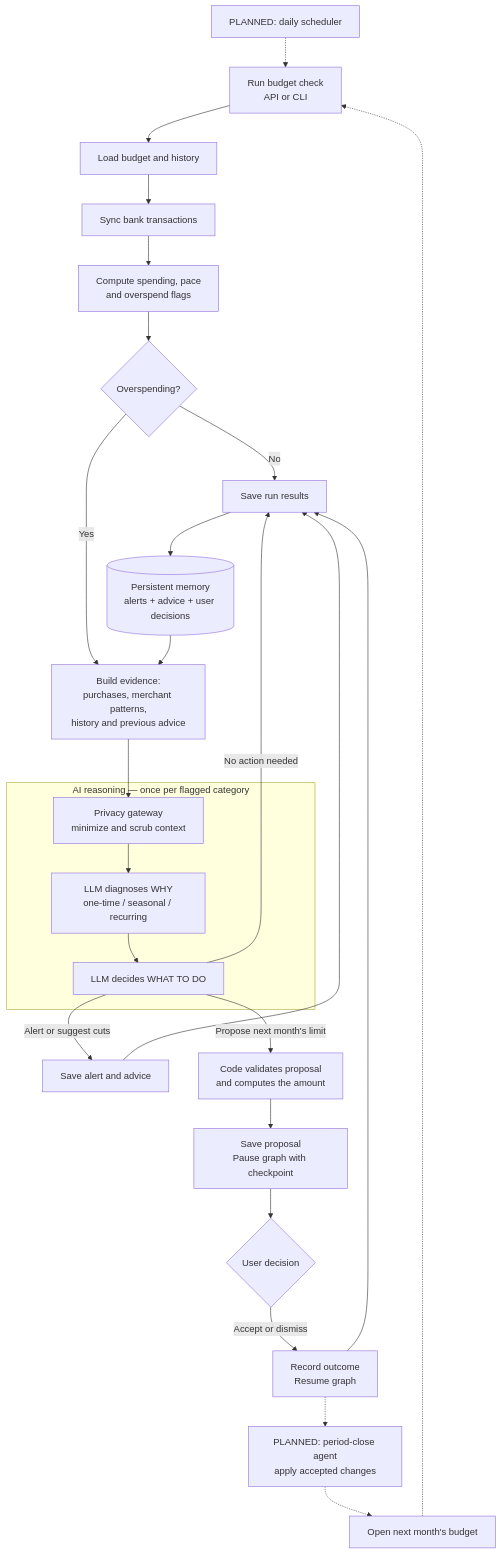
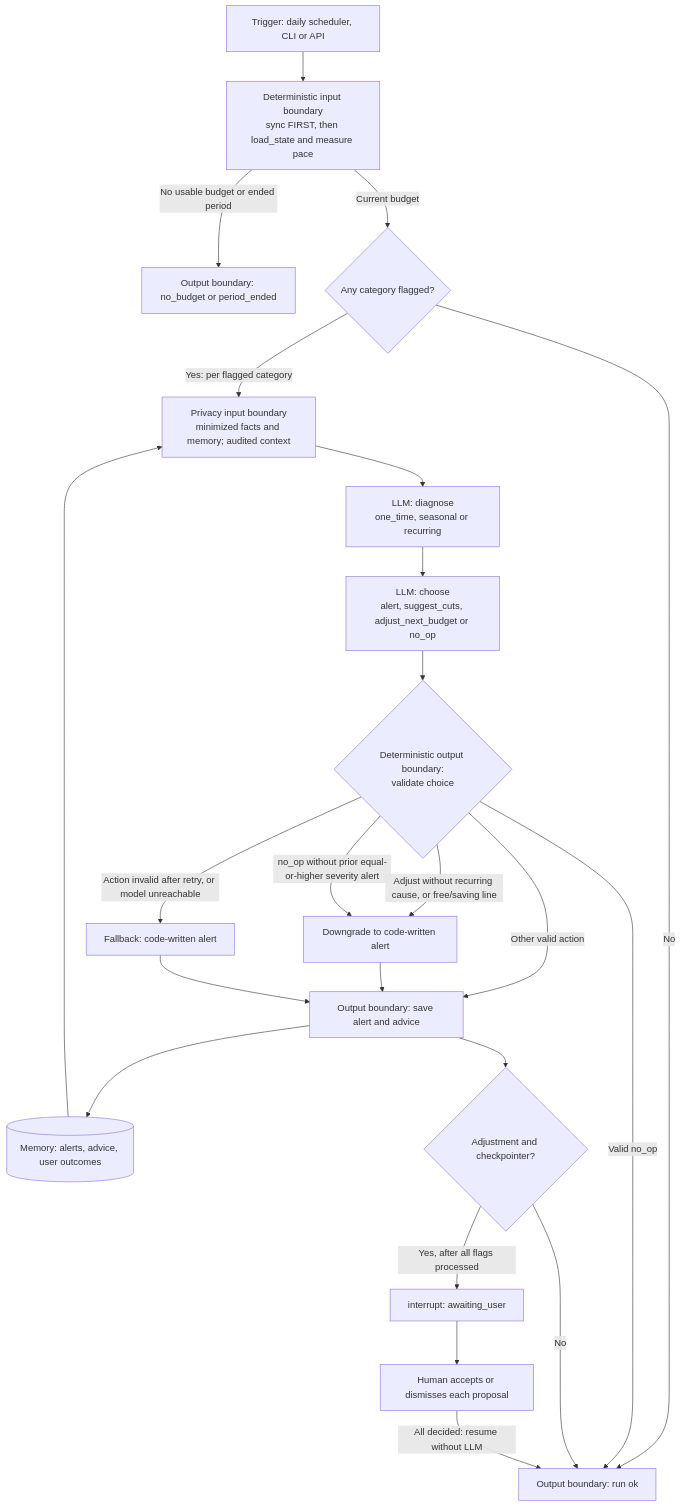
One commit to Del0m/Agentic-Financial-Dashboard changed the first of 5 diagrams in docs/agent-pipelines.md. Above: the diagram before and after it, drawn with Mermaid. The commit also changed other lines of this file and 14 other files, not shown here.

First line of the commit message:
docs: agentic system guide for grading, with updated agent diagrams

````diff
--- a/docs/agent-pipelines.md
+++ b/docs/agent-pipelines.md
@@ -9,34 +28,25 @@
 ```mermaid
 flowchart TD
-    Run["Run budget check<br/>API or CLI"] --> Load["Load budget and history"]
-    Load --> Sync["Sync bank transactions"]
-    Sync --> Calculate["Compute spending, pace<br/>and overspend flags"]
-
-    Calculate --> Flag{"Overspending?"}
-    Flag -->|No| Save["Save run results"]
-    Flag -->|Yes| Evidence["Build evidence:<br/>purchases, merchant patterns,<br/>history and previous advice"]
-
-    Memory[("Persistent memory<br/>alerts + advice + user decisions")] --> Evidence
-    Evidence --> Privacy["Privacy gateway<br/>minimize and scrub context"]
-
-    subgraph AI["AI reasoning — once per flagged category"]
-        Privacy --> Diagnose["LLM diagnoses WHY<br/>one-time / seasonal / recurring"]
-        Diagnose --> Decide["LLM decides WHAT TO DO"]
-    end
-
-    Decide -->|No action needed| Save
-    Decide -->|Alert or suggest cuts| Advice["Save alert and advice"]
-    Advice --> Save
-    Decide -->|Propose next month's limit| Guard["Code validates proposal<br/>and computes the amount"]
-
-    Guard --> Pause["Save proposal<br/>Pause graph with checkpoint"]
-    Pause --> Human{"User decision"}
-    Human -->|Accept or dismiss| Record["Record outcome<br/>Resume graph"]
-    Record --> Save
-    Save --> Memory
-
-    Record -.-> Close["PLANNED: period-close agent<br/>apply accepted changes"]
-    Close -.-> Next["Open next month's budget"]
-    Next -.-> Run
-    Schedule["PLANNED: daily scheduler"] -.-> Run
+    Trigger["Trigger: daily scheduler, CLI or API"] --> Observe["Deterministic input boundary<br/>sync FIRST, then load_state and measure pace"]
+    Observe -->|No usable budget or ended period| Early["Output boundary: no_budget or period_ended"]
+    Observe -->|Current budget| Any{"Any category flagged?"}
+    Any -->|No| Done["Output boundary: run ok"]
+    Any -->|Yes: per flagged category| Evidence["Privacy input boundary<br/>minimized facts and memory; audited context"]
+    Memory[("Memory: alerts, advice, user outcomes")] --> Evidence
+    Evidence --> Diagnose["LLM: diagnose<br/>one_time, seasonal or recurring"]
+    Diagnose --> Decide["LLM: choose<br/>alert, suggest_cuts, adjust_next_budget or no_op"]
+    Decide --> Rules{"Deterministic output boundary:<br/>validate choice"}
+    Rules -->|Adjust without recurring cause, or free/saving line| Down["Downgrade to code-written alert"]
+    Rules -->|no_op without prior equal-or-higher severity alert| Down
+    Rules -->|Action invalid after retry, or model unreachable| Fallback["Fallback: code-written alert"]
+    Rules -->|Valid no_op| Done
+    Rules -->|Other valid action| Log["Output boundary: save alert and advice"]
+    Down --> Log
+    Fallback --> Log
+    Log --> Memory
+    Log --> Adjust{"Adjustment and checkpointer?"}
+    Adjust -->|No| Done
+    Adjust -->|Yes, after all flags processed| Pause["interrupt: awaiting_user"]
+    Pause --> Human["Human accepts or dismisses each proposal"]
+    Human -->|All decided: resume without LLM| Done
 ```
````
